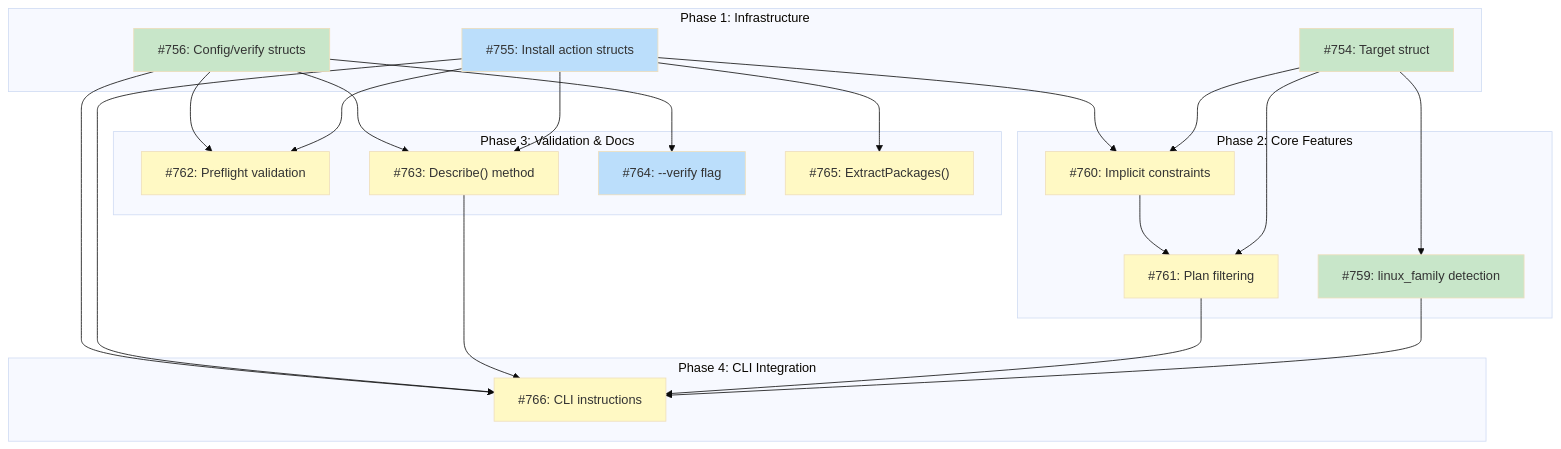
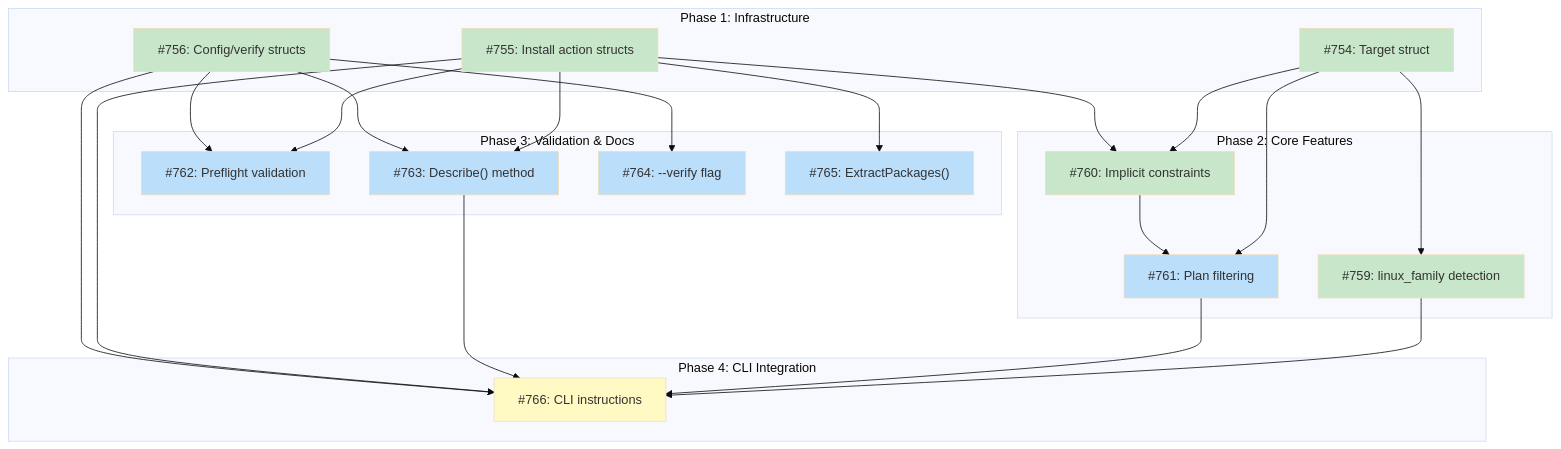
The diagram in docs/DESIGN-system-dependency-actions.md (tsukumogami/tsuku), drawn with Mermaid (base theme) before and after one commit. The commit also changed 2 other files, not shown here.

Commit message:
feat(actions): add MatchesTarget() for constraint checking (#782)
Add MatchesTarget(target Target) method to Constraint struct for
checking
if a constraint is satisfied by a given target platform. This enables
filtering of package manager actions during plan generation.

````diff
--- a/docs/DESIGN-system-dependency-actions.md
+++ b/docs/DESIGN-system-dependency-actions.md
@@ -27,51 +27,51 @@
 ```mermaid
 graph TD
     subgraph Phase1["Phase 1: Infrastructure"]
         I754["#754: Target struct"]
         I755["#755: Install action structs"]
         I756["#756: Config/verify structs"]
     end
 
     subgraph Phase2["Phase 2: Core Features"]
         I759["#759: linux_family detection"]
         I760["#760: Implicit constraints"]
         I761["#761: Plan filtering"]
     end
 
     subgraph Phase3["Phase 3: Validation & Docs"]
         I762["#762: Preflight validation"]
         I763["#763: Describe() method"]
         I764["#764: --verify flag"]
         I765["#765: ExtractPackages()"]
     end
 
     subgraph Phase4["Phase 4: CLI Integration"]
         I766["#766: CLI instructions"]
     end
 
     I754 --> I759
     I754 --> I760
     I755 --> I760
     I754 --> I761
     I760 --> I761
     I755 --> I762
     I756 --> I762
     I755 --> I763
     I756 --> I763
     I756 --> I764
     I755 --> I765
     I759 --> I766
     I761 --> I766
     I763 --> I766
     I755 --> I766
     I756 --> I766
 
     classDef done fill:#c8e6c9
     classDef ready fill:#bbdefb
     classDef blocked fill:#fff9c4
     classDef needsDesign fill:#e1bee7
 
-    class I754,I756,I759 done
-    class I755,I764 ready
-    class I760,I761,I762,I763,I765,I766 blocked
+    class I754,I755,I756,I759,I760 done
+    class I761,I762,I763,I764,I765 ready
+    class I766 blocked
 ```
````
